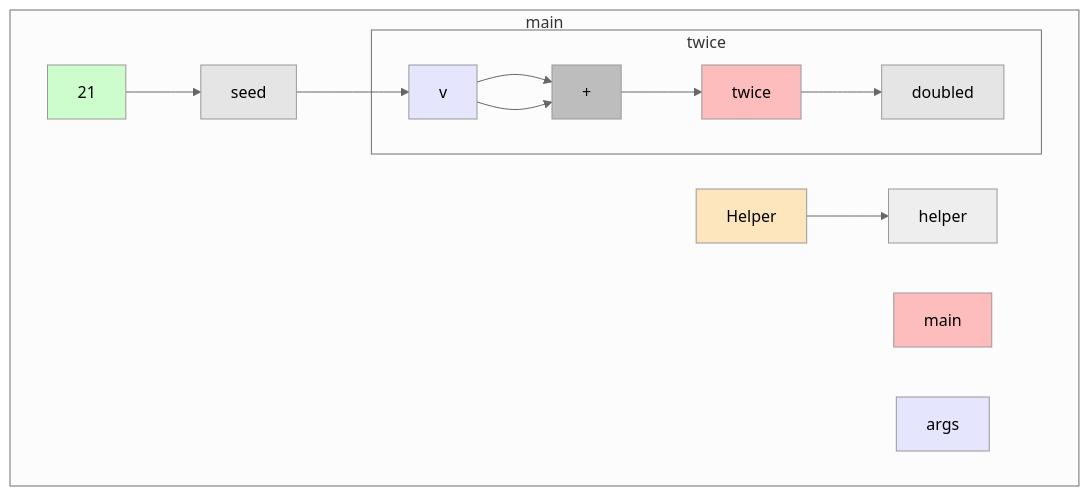
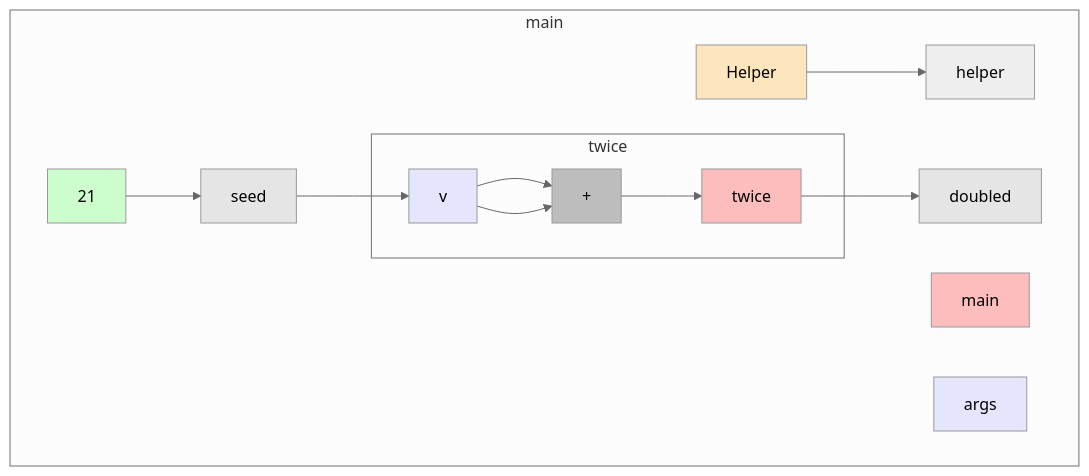
The diagram in app/src/test/resources/nestedClass/truth.md (gstiebler/codeflow), drawn with Mermaid (neutral theme) before and after one commit. The commit also changed 34 other files, not shown here.

````diff
--- a/app/src/test/resources/nestedClass/truth.md
+++ b/app/src/test/resources/nestedClass/truth.md
@@ -1,31 +1,31 @@
 ```mermaid
 flowchart TD
   subgraph b0["main"]
     n1[main]:::RETURN
     n2[args]:::FUNC_PARAM
     n3[Helper]:::EXTERNAL
     n4[helper]:::OBJ_VARIABLE
     n5[21]:::LITERAL
     n6[seed]:::VARIABLE
     n11[doubled]:::VARIABLE
     n3[Helper]:::EXTERNAL --> n4[helper]:::OBJ_VARIABLE
     n5[21]:::LITERAL --> n6[seed]:::VARIABLE
     n6[seed]:::VARIABLE --> n9[v]:::FUNC_PARAM
+    n8[twice]:::RETURN --> n11[doubled]:::VARIABLE
     subgraph b7["twice"]
       n8[twice]:::RETURN
       n9[v]:::FUNC_PARAM
       n10[+]:::BIN_OP
-      n8[twice]:::RETURN --> n11[doubled]:::VARIABLE
       n9[v]:::FUNC_PARAM --> n10[+]:::BIN_OP
       n9[v]:::FUNC_PARAM --> n10[+]:::BIN_OP
       n10[+]:::BIN_OP --> n8[twice]:::RETURN
     end
   end
   classDef LITERAL fill:#00FF0030
   classDef VARIABLE fill:#80808030
   classDef BIN_OP fill:#80808080
   classDef FUNC_PARAM fill:#8080FF30
   classDef RETURN fill:#FF808080
   classDef EXTERNAL fill:#FFA50040
   classDef UNMODELLED fill:#FF000030,stroke-dasharray: 4 2
 ```
````
